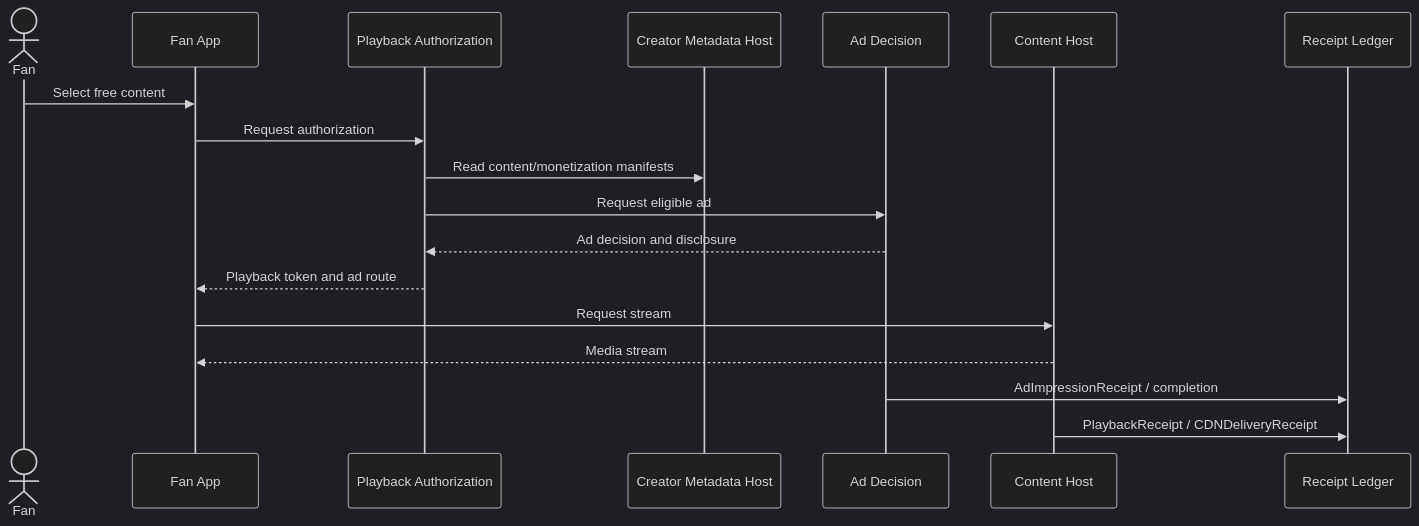
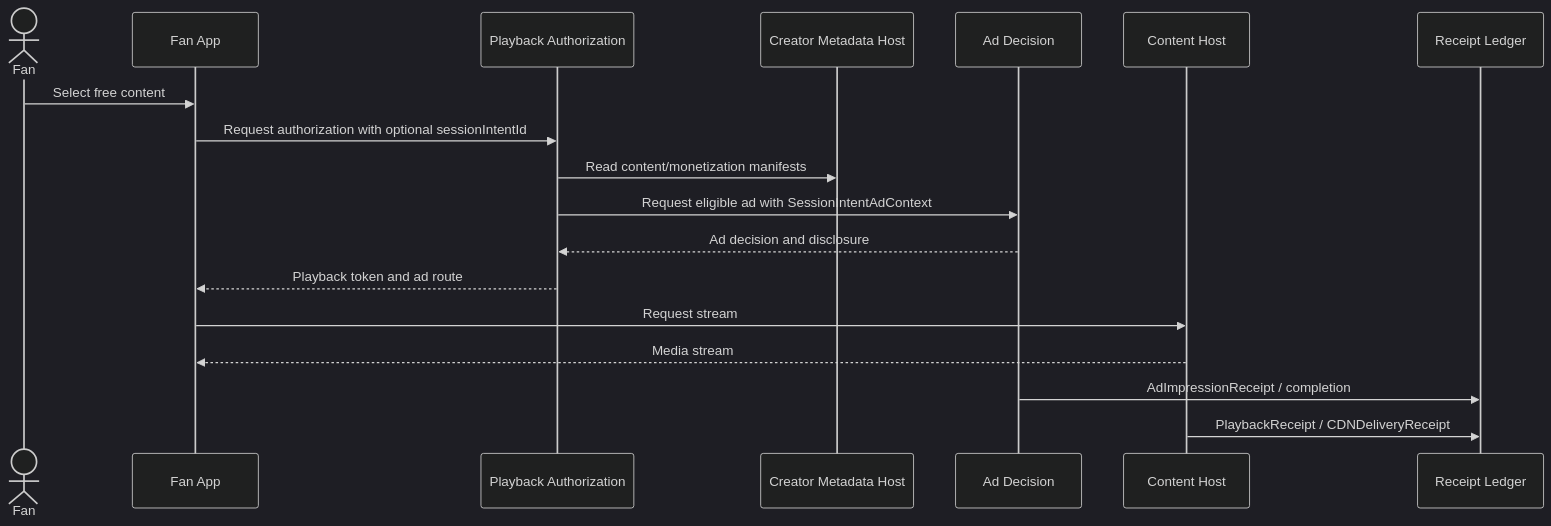
The fourth of 27 diagrams in docs/Architecture/05-content-hosting-playback-monetization-and-settlement.md (fahdabidi/Loom), drawn with Mermaid (dark theme) before and after one commit. The commit also changed other lines of this file and 35 other files, not shown here.

````diff
--- a/docs/Architecture/05-content-hosting-playback-monetization-and-settlement.md
+++ b/docs/Architecture/05-content-hosting-playback-monetization-and-settlement.md
@@ -176,21 +178,21 @@
 ```mermaid
 sequenceDiagram
   actor F as Fan
   participant FA as Fan App
   participant PA as Playback Authorization
   participant CMH as Creator Metadata Host
   participant AD as Ad Decision
   participant CH as Content Host
   participant RL as Receipt Ledger
 
   F->>FA: Select free content
-  FA->>PA: Request authorization
+  FA->>PA: Request authorization with optional sessionIntentId
   PA->>CMH: Read content/monetization manifests
-  PA->>AD: Request eligible ad
+  PA->>AD: Request eligible ad with SessionIntentAdContext
   AD-->>PA: Ad decision and disclosure
   PA-->>FA: Playback token and ad route
   FA->>CH: Request stream
   CH-->>FA: Media stream
   AD->>RL: AdImpressionReceipt / completion
   CH->>RL: PlaybackReceipt / CDNDeliveryReceipt
 ```
````
